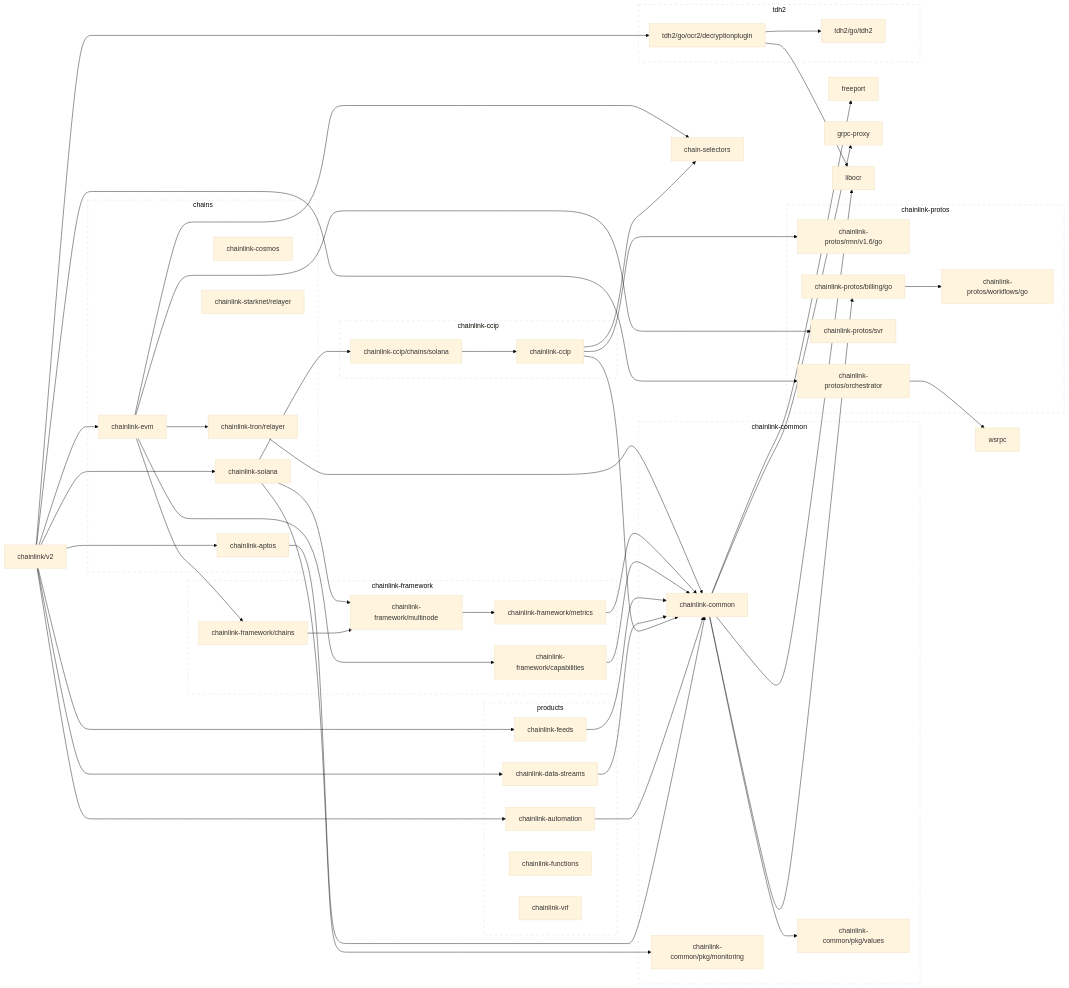
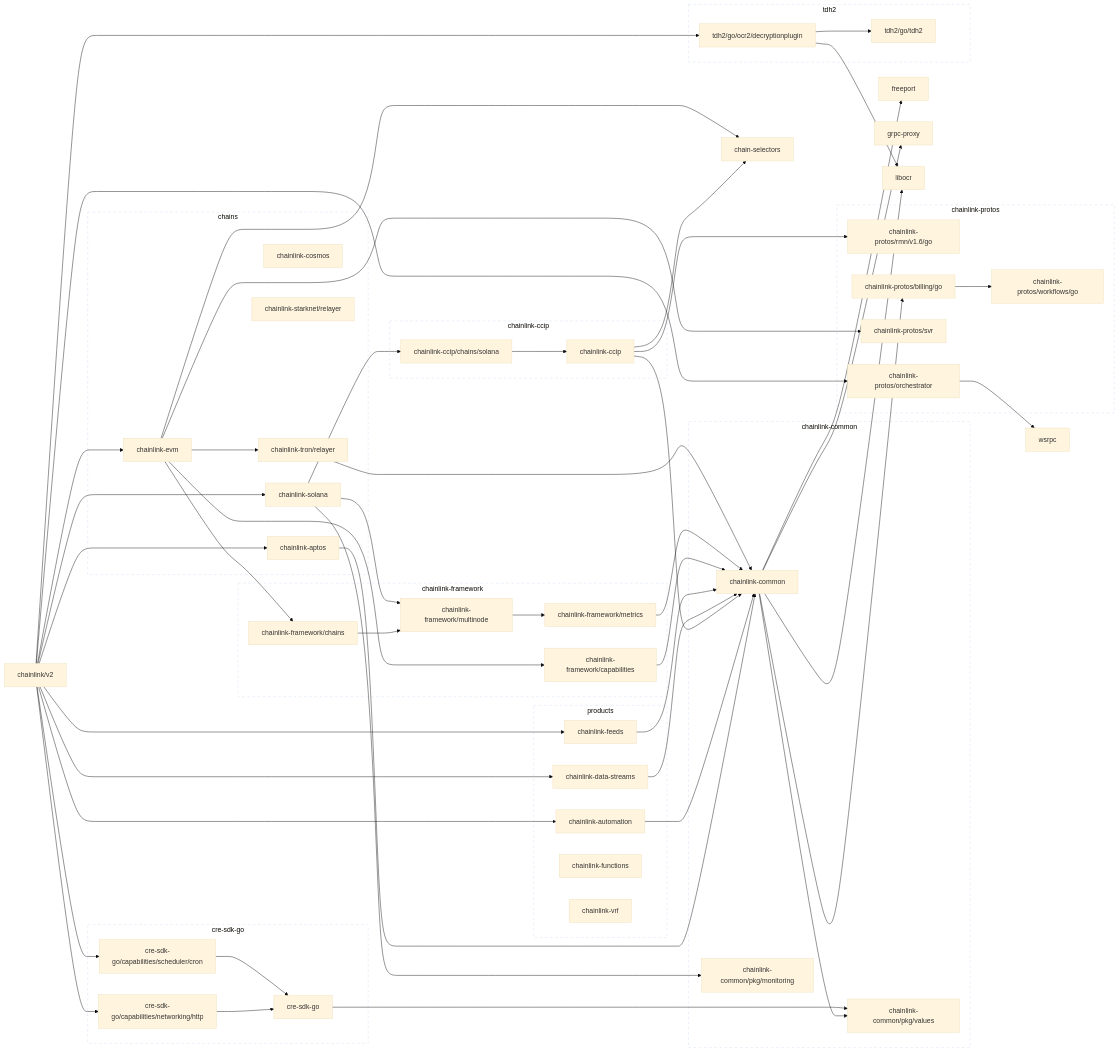
The first of 2 diagrams in go.md (smartcontractkit/chainlink), drawn with Mermaid (base theme) before and after one commit. The commit also changed other lines of this file and 1 other file, not shown here.

Commit message:
Regenerate to fix md and fix evm_chain

````diff
--- a/go.md
+++ b/go.md
@@ -85,8 +85,16 @@
 	chainlink/v2 --> chainlink-feeds
 	chainlink/v2 --> chainlink-protos/orchestrator
 	chainlink/v2 --> chainlink-solana
+	chainlink/v2 --> cre-sdk-go/capabilities/networking/http
+	chainlink/v2 --> cre-sdk-go/capabilities/scheduler/cron
 	chainlink/v2 --> tdh2/go/ocr2/decryptionplugin
 	click chainlink/v2 href "https://github.com/smartcontractkit/chainlink"
+	cre-sdk-go --> chainlink-common/pkg/values
+	click cre-sdk-go href "https://github.com/smartcontractkit/cre-sdk-go"
+	cre-sdk-go/capabilities/networking/http --> cre-sdk-go
+	click cre-sdk-go/capabilities/networking/http href "https://github.com/smartcontractkit/cre-sdk-go"
+	cre-sdk-go/capabilities/scheduler/cron --> cre-sdk-go
+	click cre-sdk-go/capabilities/scheduler/cron href "https://github.com/smartcontractkit/cre-sdk-go"
 	freeport
 	click freeport href "https://github.com/smartcontractkit/freeport"
 	grpc-proxy
@@ -131,6 +139,13 @@
 	end
 	click chainlink-protos-repo href "https://github.com/smartcontractkit/chainlink-protos"
 
+	subgraph cre-sdk-go-repo[cre-sdk-go]
+		 cre-sdk-go
+		 cre-sdk-go/capabilities/networking/http
+		 cre-sdk-go/capabilities/scheduler/cron
+	end
+	click cre-sdk-go-repo href "https://github.com/smartcontractkit/cre-sdk-go"
+
 	subgraph tdh2-repo[tdh2]
 		 tdh2/go/ocr2/decryptionplugin
 		 tdh2/go/tdh2
@@ -138,5 +153,5 @@
 	click tdh2-repo href "https://github.com/smartcontractkit/tdh2"
 
 	classDef outline stroke-dasharray:6,fill:none;
-	class chainlink-ccip-repo,chainlink-common-repo,chainlink-framework-repo,chainlink-protos-repo,tdh2-repo outline
+	class chainlink-ccip-repo,chainlink-common-repo,chainlink-framework-repo,chainlink-protos-repo,cre-sdk-go-repo,tdh2-repo outline
 ```
````
